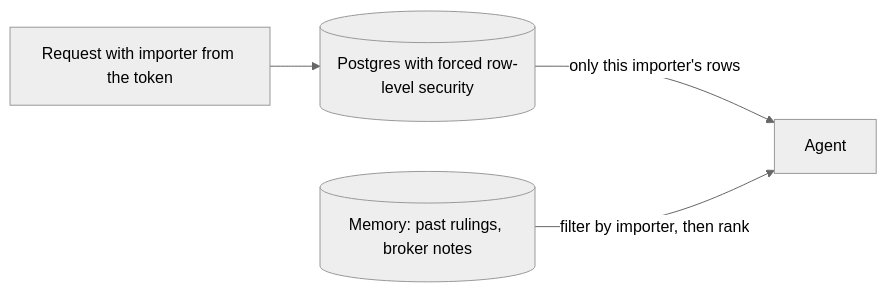
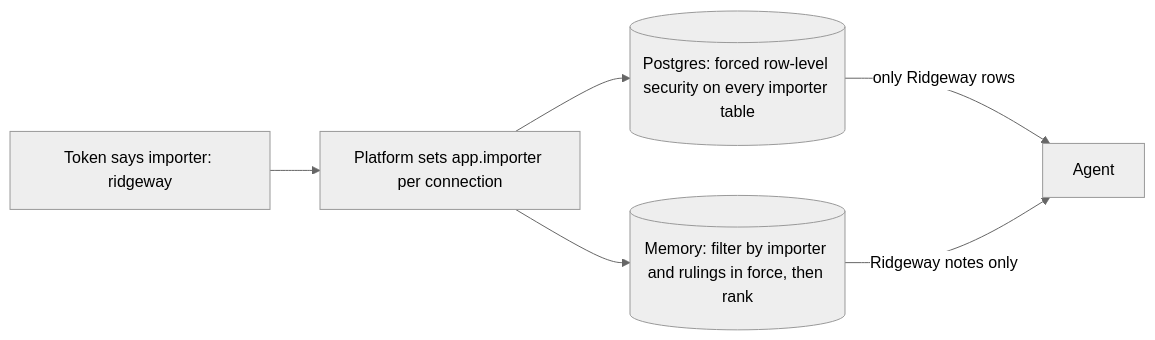
Before and after one commit to learnwithparam/agentic-architecture: the diagram in parts/04-separate-importer-data/README.md, drawn with Mermaid (neutral theme). The commit also changed other lines of this file and 2 other files, not shown here.

````diff
--- a/parts/04-separate-importer-data/README.md
+++ b/parts/04-separate-importer-data/README.md
@@ -15,6 +17,8 @@
 ```mermaid
 flowchart LR
-  R[Request with importer from the token] --> DB[(Postgres with forced row-level security)]
-  DB -->|only this importer's rows| A[Agent]
-  M[(Memory: past rulings, broker notes)] -->|filter by importer, then rank| A
+  R[Token says importer: ridgeway] --> S[Platform sets app.importer per connection]
+  S --> DB[(Postgres: forced row-level security on every importer table)]
+  DB -->|only Ridgeway rows| A[Agent]
+  S --> M[(Memory: filter by importer and rulings in force, then rank)]
+  M -->|Ridgeway notes only| A
 ```
````
